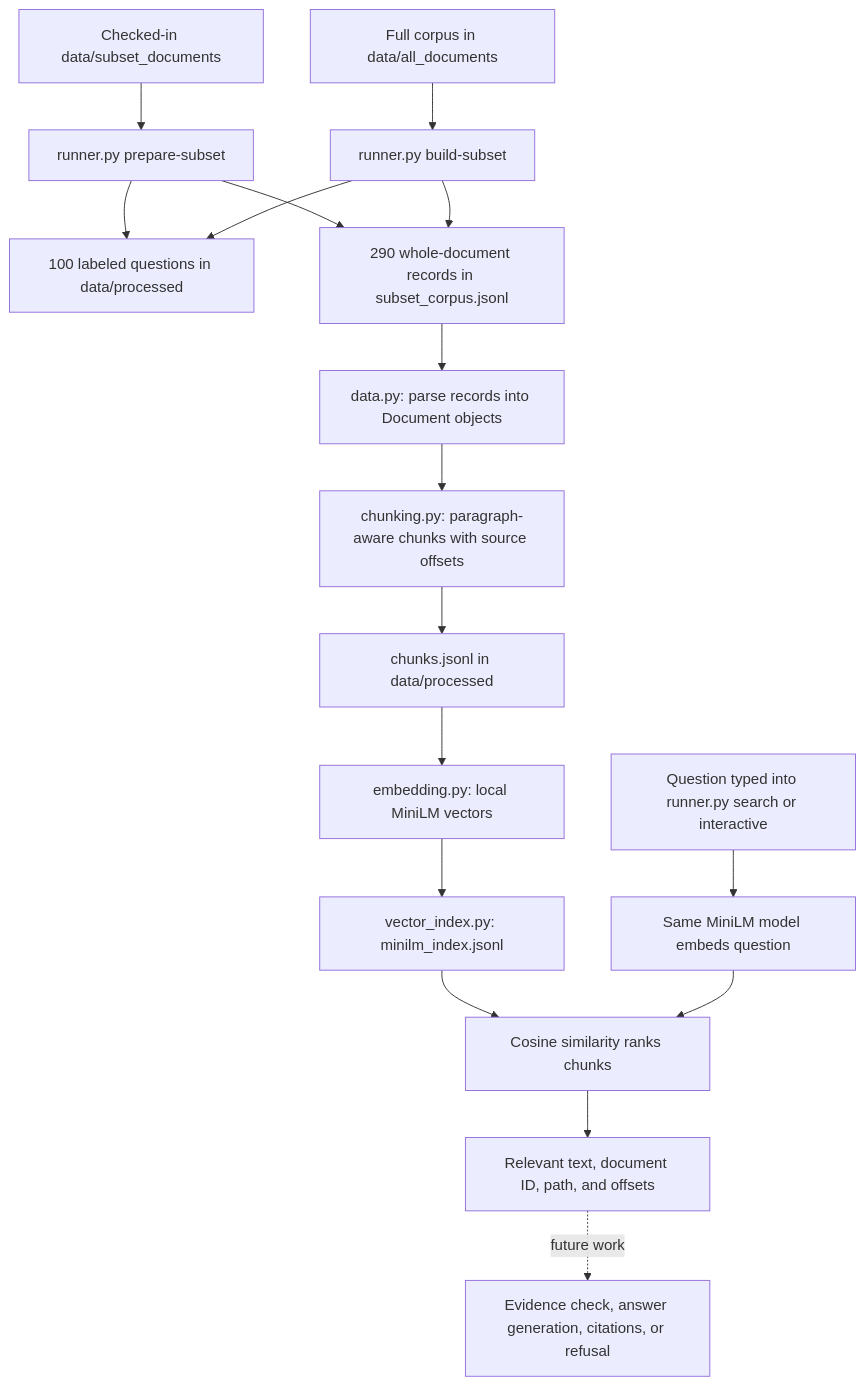
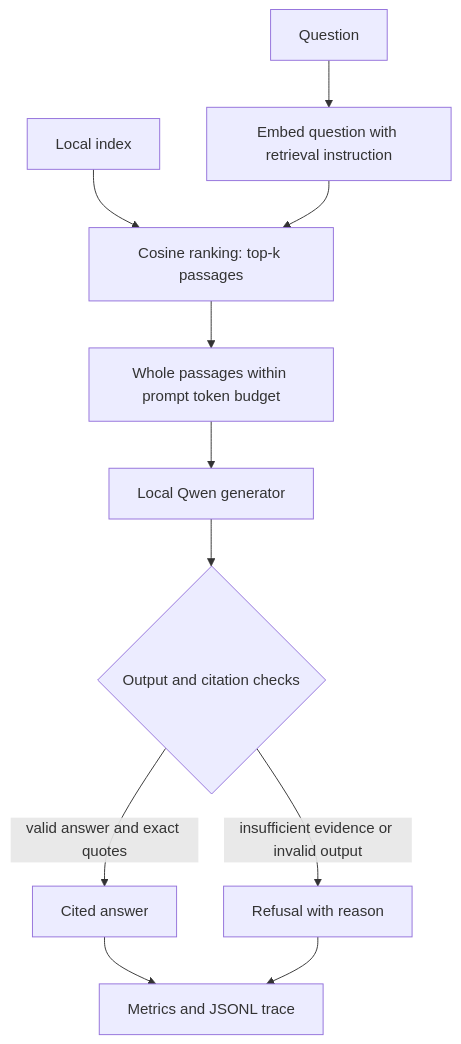
Before and after one commit to AdithNG/adaptive-enterprise-retrieval: the second of 2 diagrams in docs/ARCHITECTURE.md, drawn with Mermaid. The commit also changed other lines of this file and 19 other files, not shown here.

````diff
--- a/docs/ARCHITECTURE.md
+++ b/docs/ARCHITECTURE.md
@@ -5,19 +33,13 @@
 ```mermaid
 flowchart TD
-    A[Full corpus in data/all_documents] --> B[runner.py build-subset]
-    P[Checked-in data/subset_documents] --> R[runner.py prepare-subset]
-    R --> C
-    R --> D
-    B --> C[100 labeled questions in data/processed]
-    B --> D[290 whole-document records in subset_corpus.jsonl]
-    D --> E[data.py: parse records into Document objects]
-    E --> F[chunking.py: paragraph-aware chunks with source offsets]
-    F --> G[chunks.jsonl in data/processed]
-    G --> H[embedding.py: local MiniLM vectors]
-    H --> I[vector_index.py: minilm_index.jsonl]
-    Q[Question typed into runner.py search or interactive] --> J[Same MiniLM model embeds question]
-    I --> K[Cosine similarity ranks chunks]
-    J --> K
-    K --> L[Relevant text, document ID, path, and offsets]
-    L -. future work .-> M[Evidence check, answer generation, citations, or refusal]
+    Q[Question] --> E[Embed question with retrieval instruction]
+    I[Local index] --> R[Cosine ranking: top-k passages]
+    E --> R
+    R --> P[Whole passages within prompt token budget]
+    P --> G[Local Qwen generator]
+    G --> A{Output and citation checks}
+    A -->|valid answer and exact quotes| Y[Cited answer]
+    A -->|insufficient evidence or invalid output| N[Refusal with reason]
+    Y --> T[Metrics and JSONL trace]
+    N --> T
 ```
````
